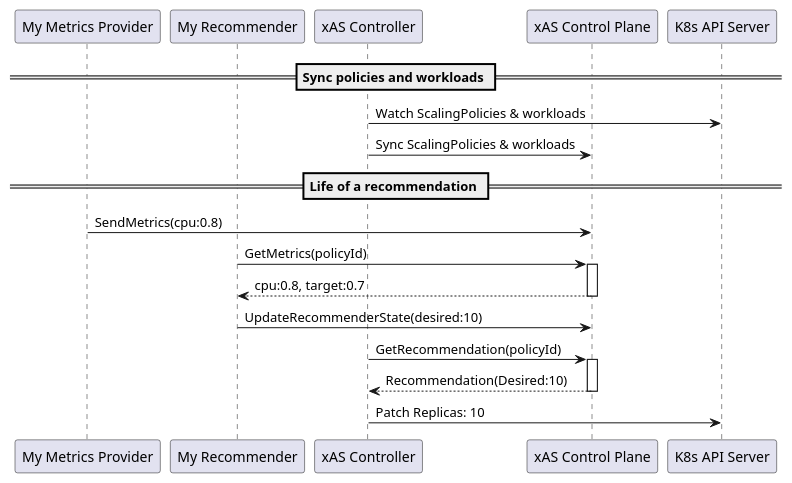
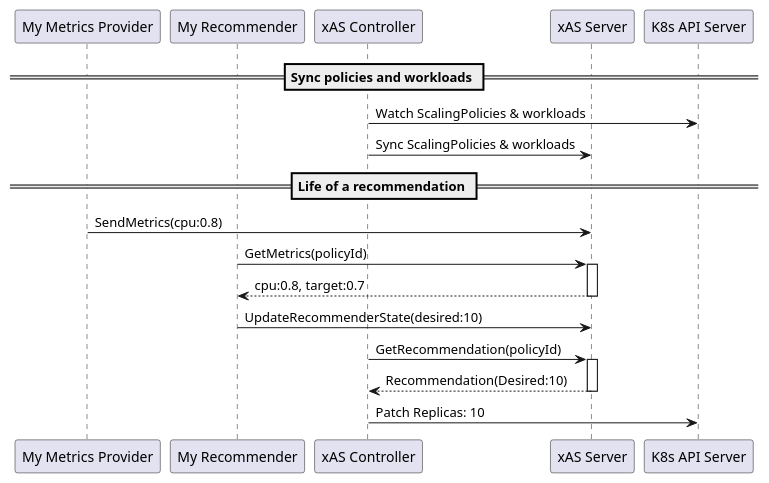
The diagram in docs/assets/life-of-a-query.plantuml (gke-labs/extensible-workload-autoscaler), drawn with PlantUML before and after one commit. The commit also changed 27 other files, not shown here.

First line of the commit message:
Rename "Control Plane" to "Server" (#69)

```diff
--- a/docs/assets/life-of-a-query.plantuml
+++ b/docs/assets/life-of-a-query.plantuml
@@ -1,36 +1,36 @@
 @startuml
 ' title xAS Life of a Recommendation
 
 participant "My Metrics Provider" as MetricsProv
 participant "My Recommender" as Recommender
 participant "xAS Controller" as Controller
-participant "xAS Control Plane" as xAS
+participant "xAS Server" as xAS
 participant "K8s API Server" as APIServer
 
 
 == Sync policies and workloads ==
 
 Controller -> APIServer: Watch ScalingPolicies & workloads
 
 Controller -> xAS: Sync ScalingPolicies & workloads
 
 
 == Life of a recommendation ==
 
 MetricsProv -> xAS : SendMetrics(cpu:0.8)
 
 Recommender -> xAS : GetMetrics(policyId)
 activate xAS
 xAS --> Recommender : cpu:0.8, target:0.7
 deactivate xAS
 
 Recommender -> xAS : UpdateRecommenderState(desired:10)
 
 Controller -> xAS : GetRecommendation(policyId)
 activate xAS
 xAS --> Controller : Recommendation(Desired:10)
 deactivate xAS
 
 Controller -> APIServer : Patch Replicas: 10
 
 @enduml
```
